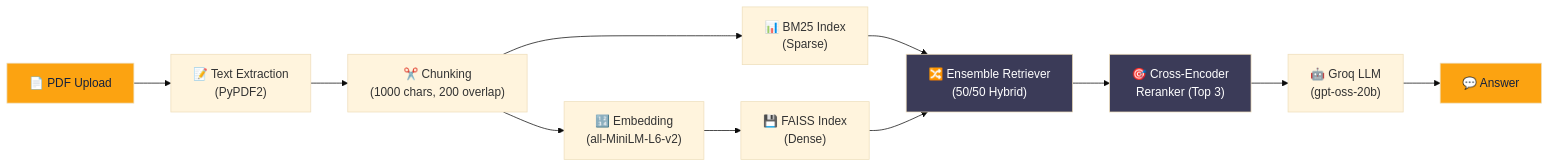
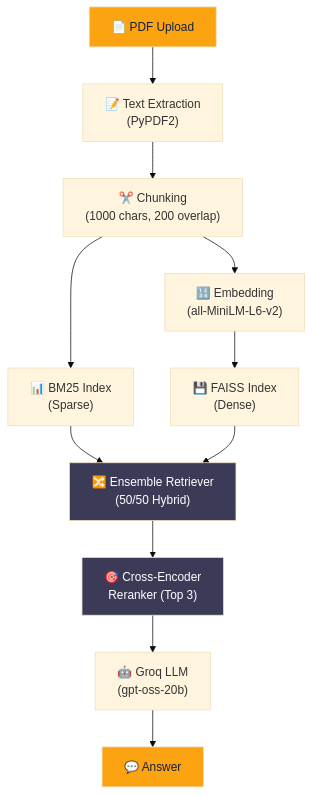
The diagram in README.md (MonidipDas/PDFChatWithAI), drawn with Mermaid (base theme) before and after one commit. The commit also changed other lines of this file, not shown here.

````diff
--- a/README.md
+++ b/README.md
@@ -40,18 +40,18 @@
 ```mermaid
-flowchart LR
+flowchart TD
     A["📄 PDF Upload"] --> B["📝 Text Extraction<br/>(PyPDF2)"]
     B --> C["✂️ Chunking<br/>(1000 chars, 200 overlap)"]
     C --> D["🔢 Embedding<br/>(all-MiniLM-L6-v2)"]
     C --> E["📊 BM25 Index<br/>(Sparse)"]
     D --> F["💾 FAISS Index<br/>(Dense)"]
     E --> G["🔀 Ensemble Retriever<br/>(50/50 Hybrid)"]
     F --> G
     G --> H["🎯 Cross-Encoder<br/>Reranker (Top 3)"]
     H --> I["🤖 Groq LLM<br/>(gpt-oss-20b)"]
     I --> J["💬 Answer"]
 
     style A fill:#fca311,color:#14213d
     style J fill:#fca311,color:#14213d
     style H fill:#3b3b58,color:#fff
     style G fill:#3b3b58,color:#fff
 ```
````
